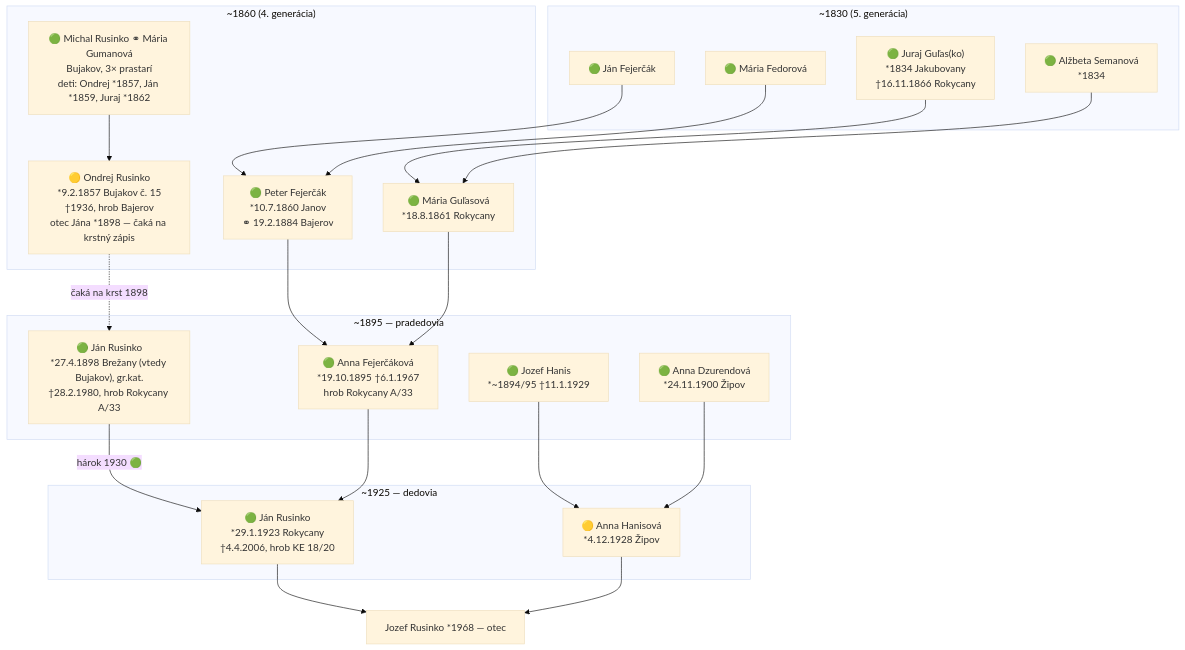
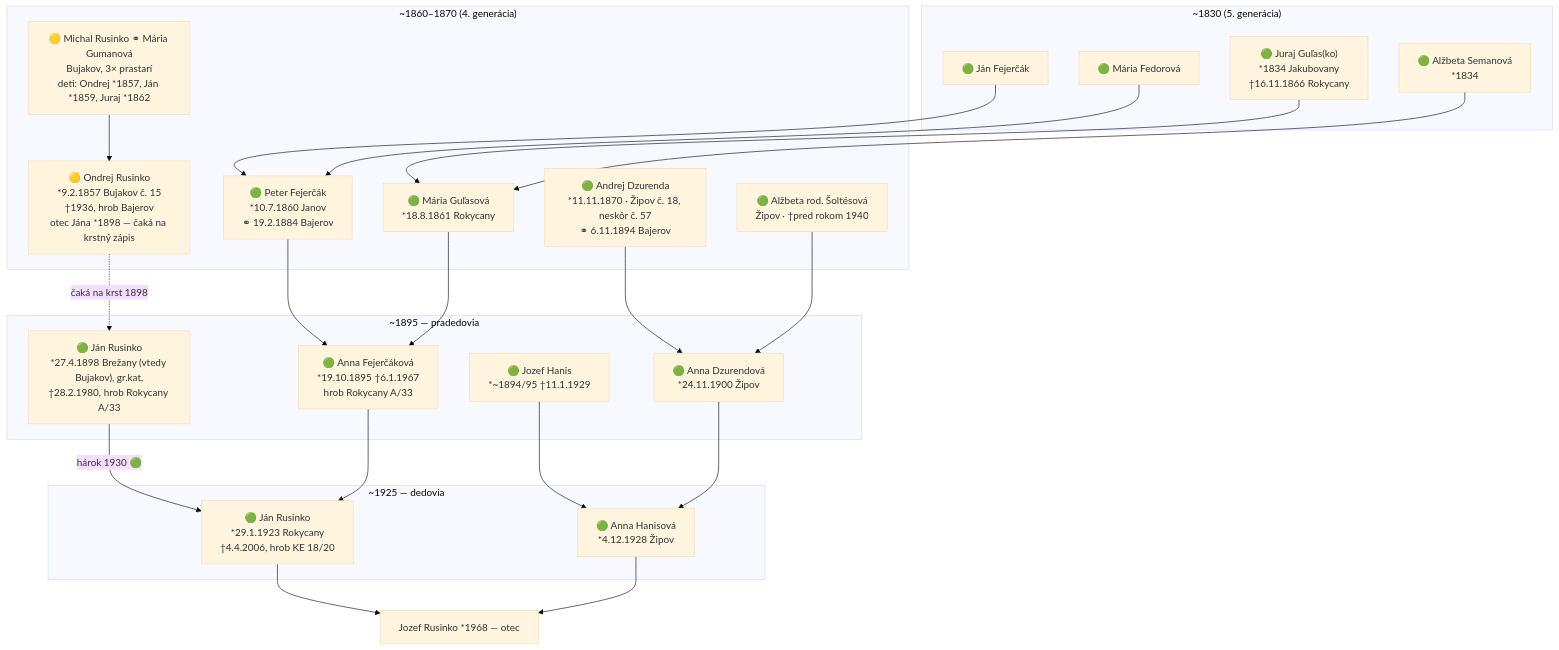
The first of 7 diagrams in docs/rodokmen.md (vrusi/genealogia), drawn with Mermaid (base theme) before and after one commit. The commit also changed other lines of this file and 20 other files, not shown here.

````diff
--- a/docs/rodokmen.md
+++ b/docs/rodokmen.md
@@ -58,41 +58,45 @@
 ```mermaid
 graph TD
   subgraph gen5["~1830 (5. generácia)"]
     JG["🟢 Juraj Guľas(ko)<br>*1834 Jakubovany<br>†16.11.1866 Rokycany"]
     AS["🟢 Alžbeta Semanová<br>*1834"]
     JF["🟢 Ján Fejerčák"]
     MF["🟢 Mária Fedorová"]
   end
-  subgraph gen4["~1860 (4. generácia)"]
+  subgraph gen4["~1860–1870 (4. generácia)"]
     PF["🟢 Peter Fejerčák<br>*10.7.1860 Janov<br>⚭ 19.2.1884 Bajerov"]
     MG["🟢 Mária Guľasová<br>*18.8.1861 Rokycany"]
-    MRG["🟢 Michal Rusinko ⚭ Mária Gumanová<br>Bujakov, 3× prastarí<br>deti: Ondrej *1857, Ján *1859, Juraj *1862"]
+    MRG["🟡 Michal Rusinko ⚭ Mária Gumanová<br>Bujakov, 3× prastarí<br>deti: Ondrej *1857, Ján *1859, Juraj *1862"]
     OR["🟡 Ondrej Rusinko<br>*9.2.1857 Bujakov č. 15<br>†1936, hrob Bajerov<br>otec Jána *1898 — čaká na krstný zápis"]
+    AD["🟢 Andrej Dzurenda<br>*11.11.1870 · Žipov č. 18, neskôr č. 57<br>⚭ 6.11.1894 Bajerov"]
+    ASol["🟢 Alžbeta rod. Šoltésová<br>Žipov · †pred rokom 1940"]
     MRG --> OR
   end
   subgraph gen3["~1895 — pradedovia"]
     JR98["🟢 Ján Rusinko<br>*27.4.1898 Brežany (vtedy Bujakov), gr.kat.<br>†28.2.1980, hrob Rokycany A/33"]
     AF["🟢 Anna Fejerčáková<br>*19.10.1895 †6.1.1967<br>hrob Rokycany A/33"]
     HanO["🟢 Jozef Hanis<br>*~1894/95 †11.1.1929"]
     HanA["🟢 Anna Dzurendová<br>*24.11.1900 Žipov"]
   end
   subgraph gen2["~1925 — dedovia"]
     JR23["🟢 Ján Rusinko<br>*29.1.1923 Rokycany<br>†4.4.2006, hrob KE 18/20"]
-    AH["🟡 Anna Hanisová<br>*4.12.1928 Žipov"]
+    AH["🟢 Anna Hanisová<br>*4.12.1928 Žipov"]
   end
   JoR["Jozef Rusinko *1968 — otec"]
 
   JF --> PF
   MF --> PF
   JG --> MG
   AS --> MG
   OR -.->|čaká na krst 1898| JR98
   PF --> AF
   MG --> AF
   JR98 -->|hárok 1930 🟢| JR23
   AF --> JR23
+  AD --> HanA
+  ASol --> HanA
   HanO --> AH
   HanA --> AH
   JR23 --> JoR
   AH --> JoR
 ```
````
